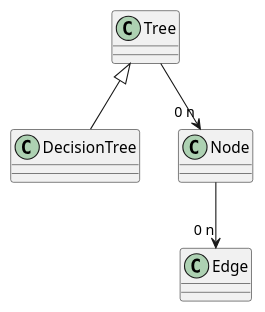
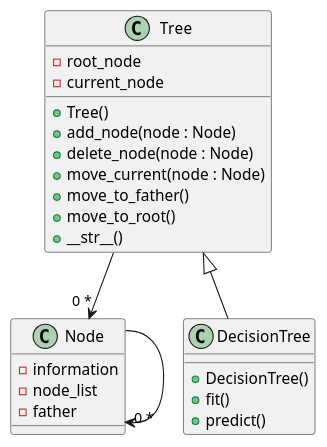
The diagram in classDiagram.puml (oscarpocu/DecisionTree), drawn with PlantUML before and after one commit. The commit also changed 2 other files, not shown here.

```diff
--- a/classDiagram.puml
+++ b/classDiagram.puml
@@ -1,18 +1,32 @@
 @startuml
 'https://plantuml.com/class-diagram
 
 class DecisionTree extends Tree{
++ DecisionTree()
++ fit()
++ predict()
 }
 
 class Tree {
++ Tree()
++ add_node(node : Node)
++ delete_node(node : Node)
++ move_current(node : Node)
++ move_to_father()
++ move_to_root()
++ __str__()
+- root_node
+- current_node
 }
 
 class Node {
+- information
+- node_list
+- father
 }
 
-class Edge {
-}
 
-Tree -down-> "0 n" Node
-Node -down-> "0 n" Edge
+
+Tree -down-> "0 *" Node
+Node -> "0 *" Node
 @enduml
```
